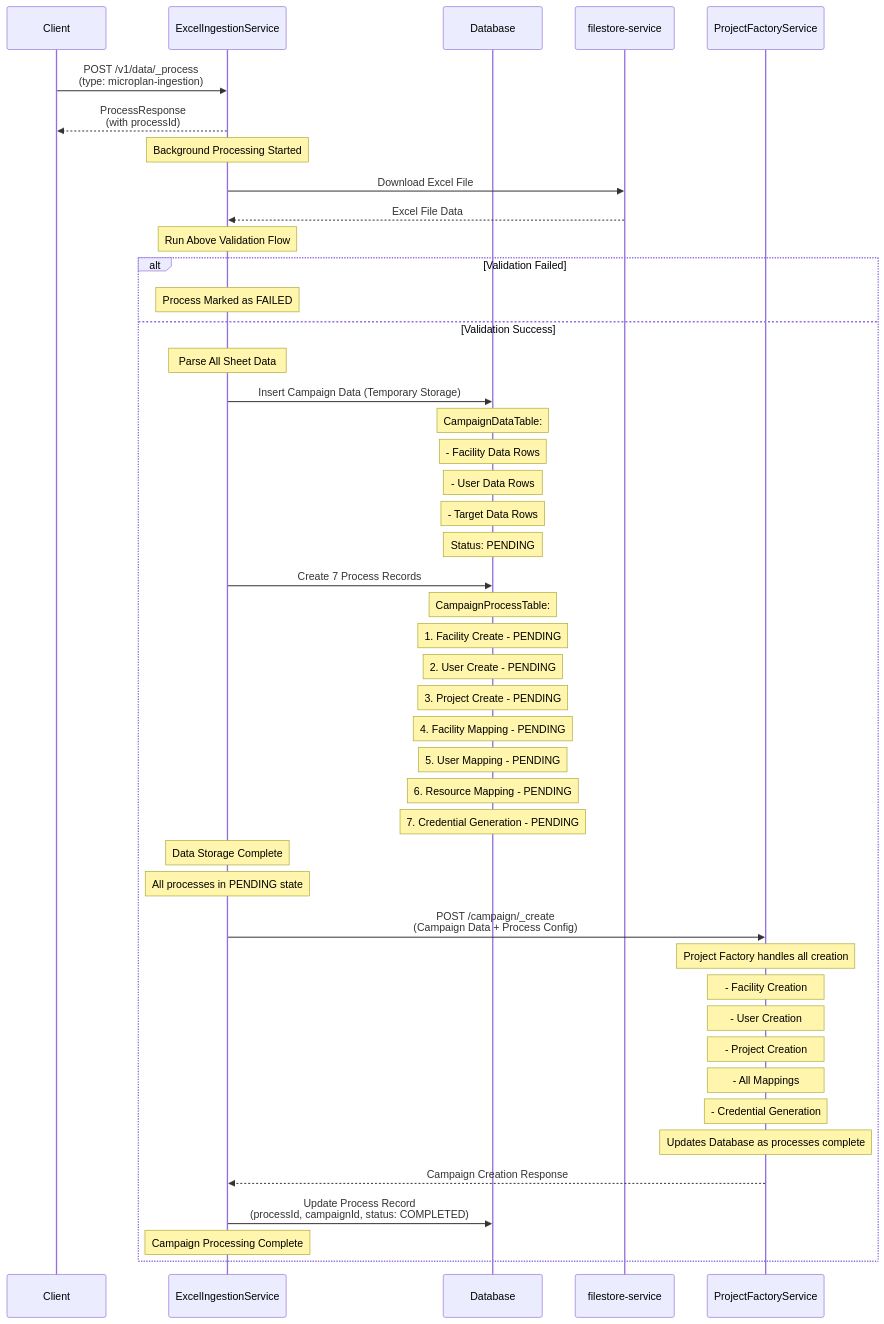
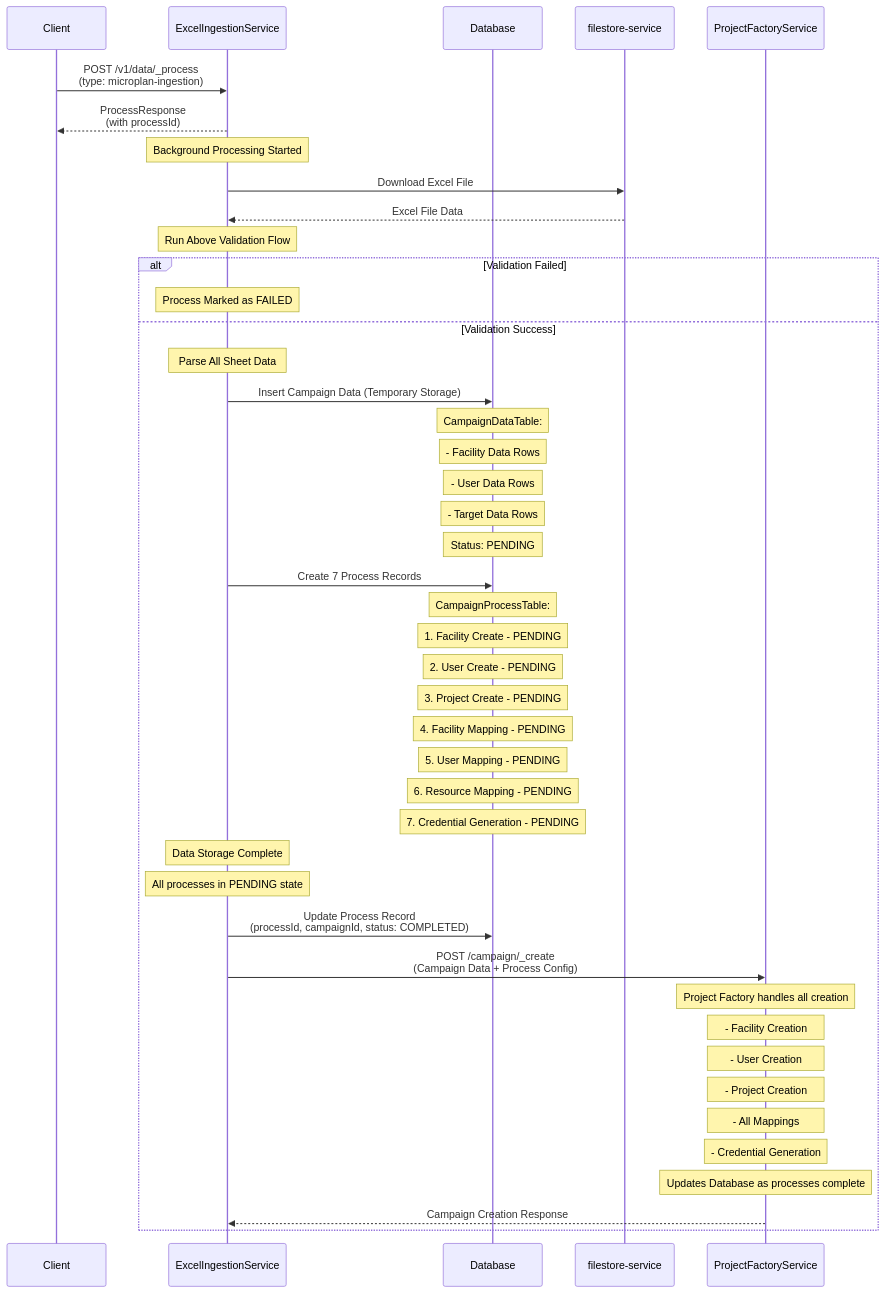
One commit to ashish-egov/campaign-whole-sheet-ingestion changed the third of 3 diagrams in tempDesign.md. Above: the diagram before and after it, drawn with Mermaid.

````diff
--- a/tempDesign.md
+++ b/tempDesign.md
@@ -89,62 +89,60 @@
 ```mermaid
 sequenceDiagram
     participant Client
     participant ExcelIngestionService
     participant Database
     participant filestore-service
     participant ProjectFactoryService
     
     Client->>ExcelIngestionService: POST /v1/data/_process<br/>(type: microplan-ingestion)
     
     ExcelIngestionService-->>Client: ProcessResponse<br/>(with processId)
     
     Note over ExcelIngestionService: Background Processing Started
     
     ExcelIngestionService->>filestore-service: Download Excel File
     filestore-service-->>ExcelIngestionService: Excel File Data
     
     Note over ExcelIngestionService: Run Above Validation Flow
     
     alt Validation Failed
         Note over ExcelIngestionService: Process Marked as FAILED
     else Validation Success
     
         Note over ExcelIngestionService: Parse All Sheet Data
         
         ExcelIngestionService->>Database: Insert Campaign Data (Temporary Storage)
         Note over Database: CampaignDataTable:
         Note over Database: - Facility Data Rows
         Note over Database: - User Data Rows  
         Note over Database: - Target Data Rows
         Note over Database: Status: PENDING
         
         ExcelIngestionService->>Database: Create 7 Process Records
         Note over Database: CampaignProcessTable:
         Note over Database: 1. Facility Create - PENDING
         Note over Database: 2. User Create - PENDING
         Note over Database: 3. Project Create - PENDING
         Note over Database: 4. Facility Mapping - PENDING
         Note over Database: 5. User Mapping - PENDING
         Note over Database: 6. Resource Mapping - PENDING
         Note over Database: 7. Credential Generation - PENDING
         
         Note over ExcelIngestionService: Data Storage Complete
         Note over ExcelIngestionService: All processes in PENDING state
+        ExcelIngestionService->>Database: Update Process Record<br/>(processId, campaignId, status: COMPLETED)
         
         ExcelIngestionService->>ProjectFactoryService: POST /campaign/_create<br/>(Campaign Data + Process Config)
         
         Note over ProjectFactoryService: Project Factory handles all creation
         Note over ProjectFactoryService: - Facility Creation
         Note over ProjectFactoryService: - User Creation  
         Note over ProjectFactoryService: - Project Creation
         Note over ProjectFactoryService: - All Mappings
         Note over ProjectFactoryService: - Credential Generation
         Note over ProjectFactoryService: Updates Database as processes complete
         
         ProjectFactoryService-->>ExcelIngestionService: Campaign Creation Response
         
-        ExcelIngestionService->>Database: Update Process Record<br/>(processId, campaignId, status: COMPLETED)
-        
-        Note over ExcelIngestionService: Campaign Processing Complete
     end
 ```
````
